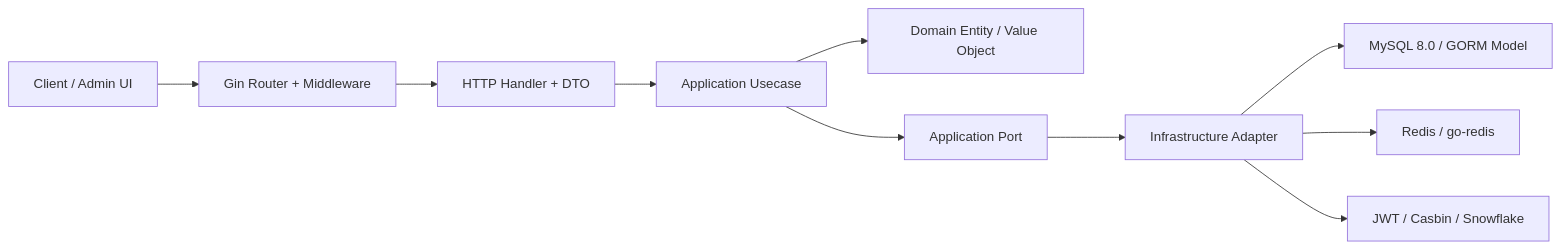
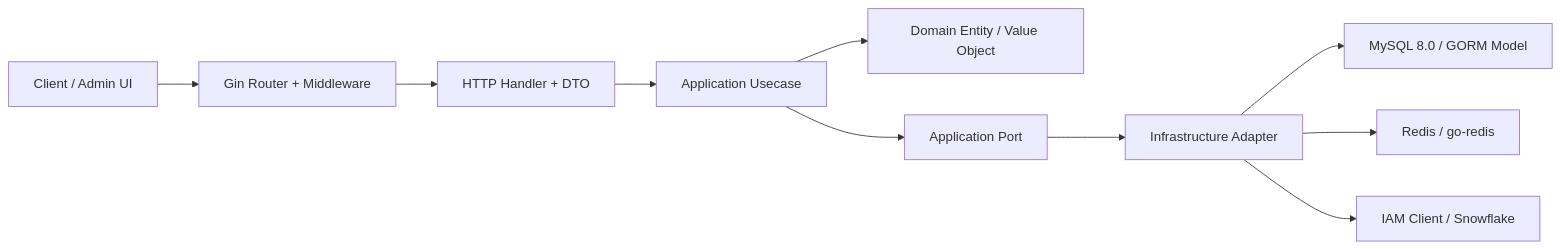
The first of 4 diagrams in docs/architecture/system-design.md (rin721/keiyaku-go), drawn with Mermaid before and after one commit. The commit also changed other lines of this file and 82 other files, not shown here.

````diff
--- a/docs/architecture/system-design.md
+++ b/docs/architecture/system-design.md
@@ -26,12 +26,12 @@
 ```mermaid
 flowchart LR
   Client["Client / Admin UI"] --> Gin["Gin Router + Middleware"]
   Gin --> Handler["HTTP Handler + DTO"]
   Handler --> Usecase["Application Usecase"]
   Usecase --> Domain["Domain Entity / Value Object"]
   Usecase --> Port["Application Port"]
   Port --> Infra["Infrastructure Adapter"]
   Infra --> MySQL["MySQL 8.0 / GORM Model"]
   Infra --> Redis["Redis / go-redis"]
-  Infra --> Security["JWT / Casbin / Snowflake"]
+  Infra --> Security["IAM Client / Snowflake"]
 ```
````
